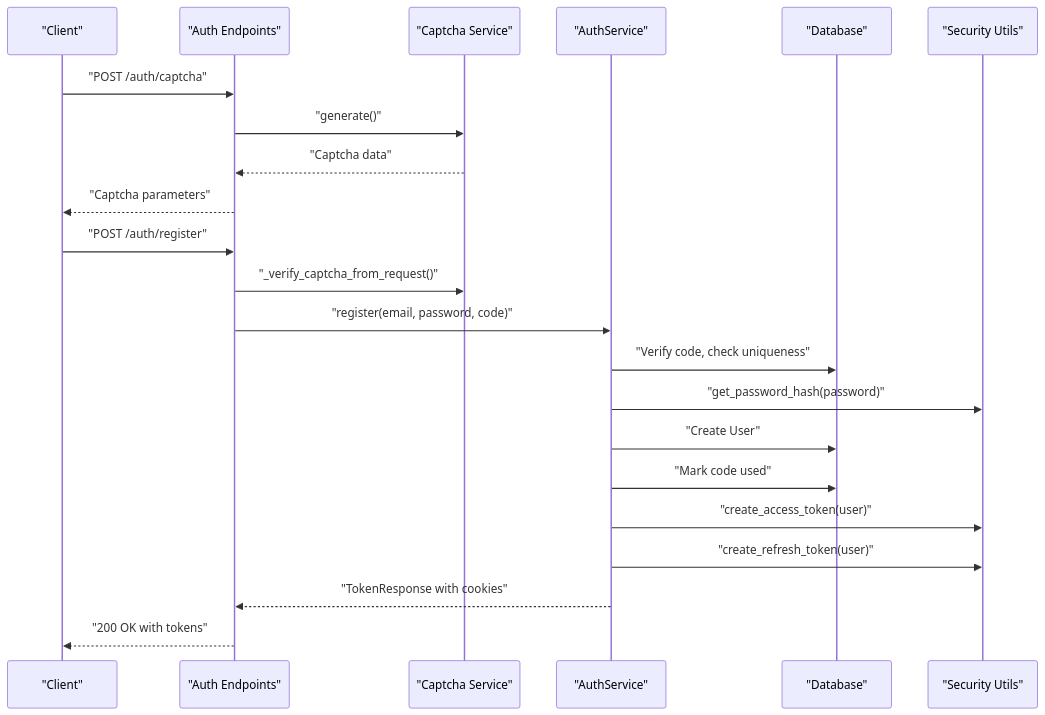
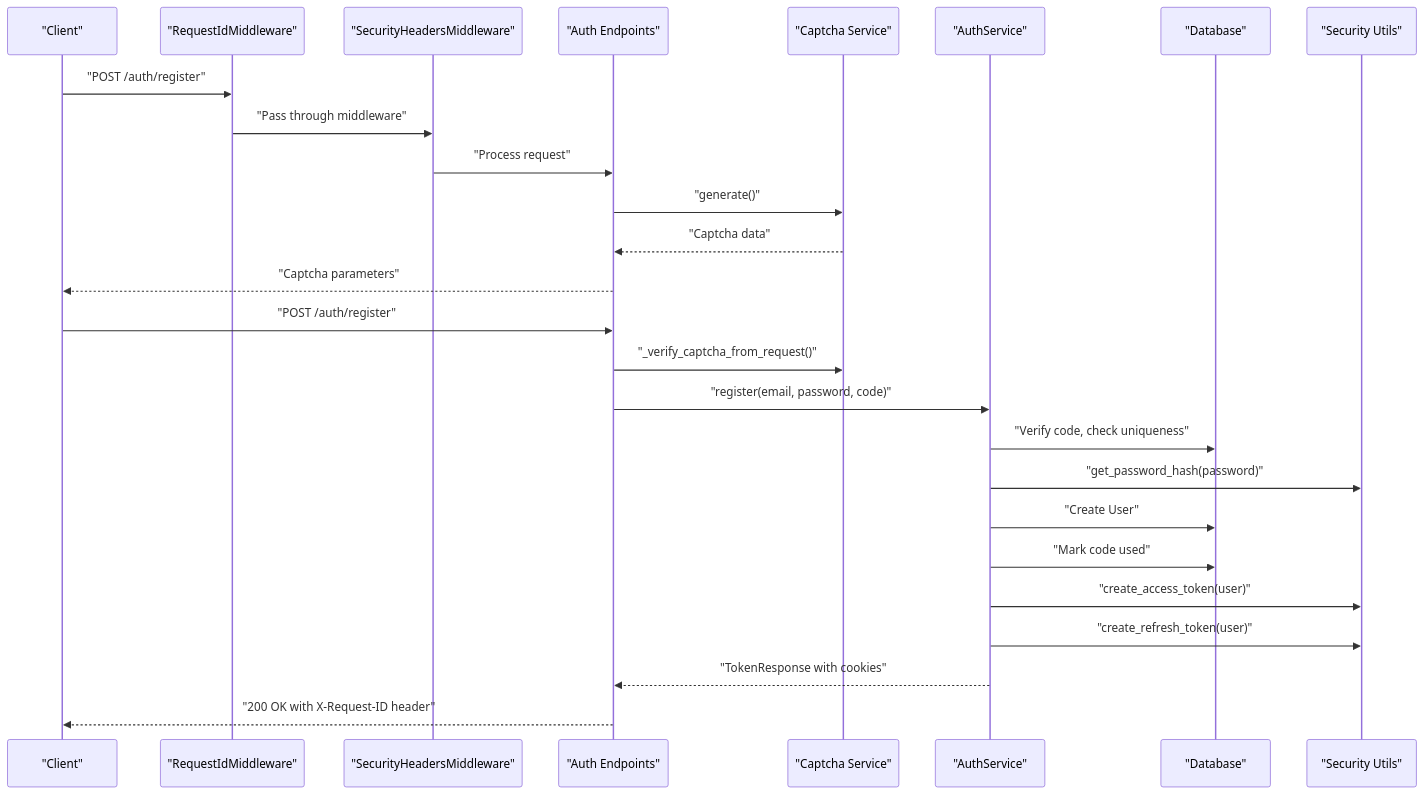
Before and after one commit to rain1andsnow2a/aidiary: diagram 14 of 16 in .qoder/repowiki/en/content/Architecture Overview/Backend Architecture/Security Architecture.md, drawn with Mermaid. The commit also changed other lines of this file and 44 other files, not shown here.

````diff
--- a/.qoder/repowiki/en/content/Architecture Overview/Backend Architecture/Security Architecture.md
+++ b/.qoder/repowiki/en/content/Architecture Overview/Backend Architecture/Security Architecture.md
@@ -416,24 +483,28 @@
 ```mermaid
 sequenceDiagram
 participant Client as "Client"
+participant RequestId as "RequestIdMiddleware"
+participant SecurityHeaders as "SecurityHeadersMiddleware"
 participant API as "Auth Endpoints"
 participant Captcha as "Captcha Service"
 participant Service as "AuthService"
 participant DB as "Database"
 participant Security as "Security Utils"
-Client->>API : "POST /auth/captcha"
+Client->>RequestId : "POST /auth/register"
+RequestId->>SecurityHeaders : "Pass through middleware"
+SecurityHeaders->>API : "Process request"
 API->>Captcha : "generate()"
 Captcha-->>API : "Captcha data"
 API-->>Client : "Captcha parameters"
 Client->>API : "POST /auth/register"
 API->>Captcha : "_verify_captcha_from_request()"
 API->>Service : "register(email, password, code)"
 Service->>DB : "Verify code, check uniqueness"
 Service->>Security : "get_password_hash(password)"
 Service->>DB : "Create User"
 Service->>DB : "Mark code used"
 Service->>Security : "create_access_token(user)"
 Service->>Security : "create_refresh_token(user)"
 Service-->>API : "TokenResponse with cookies"
-API-->>Client : "200 OK with tokens"
+API-->>Client : "200 OK with X-Request-ID header"
 ```
````
